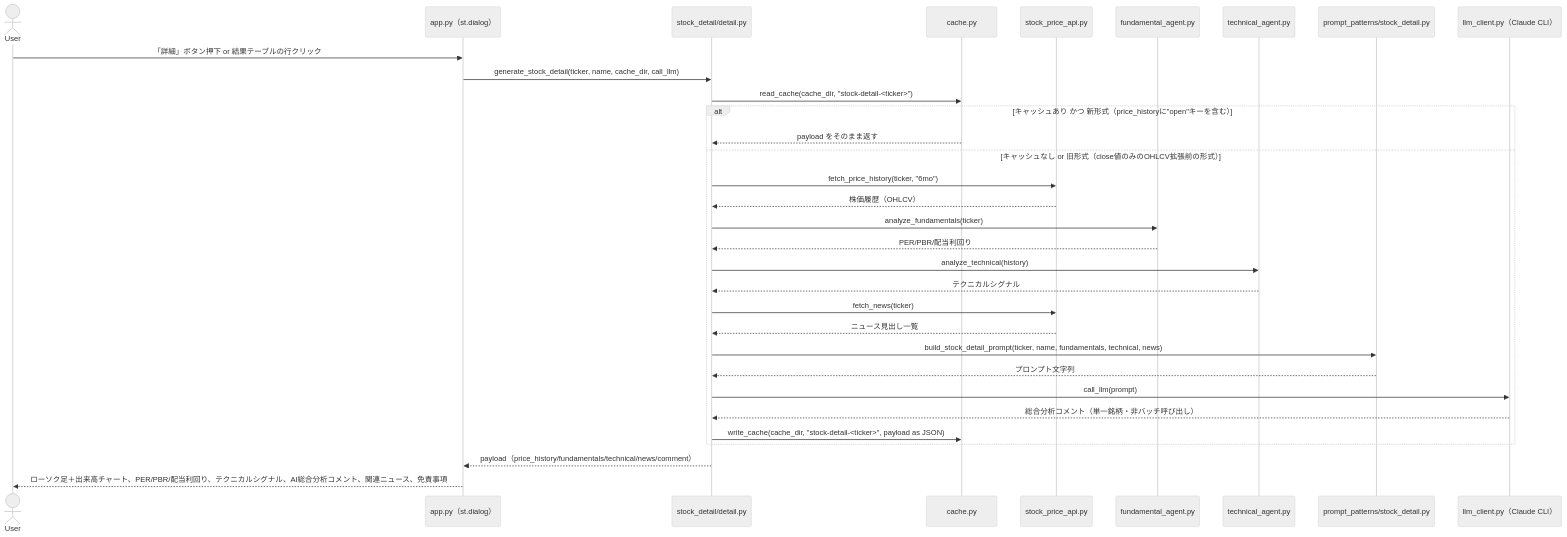
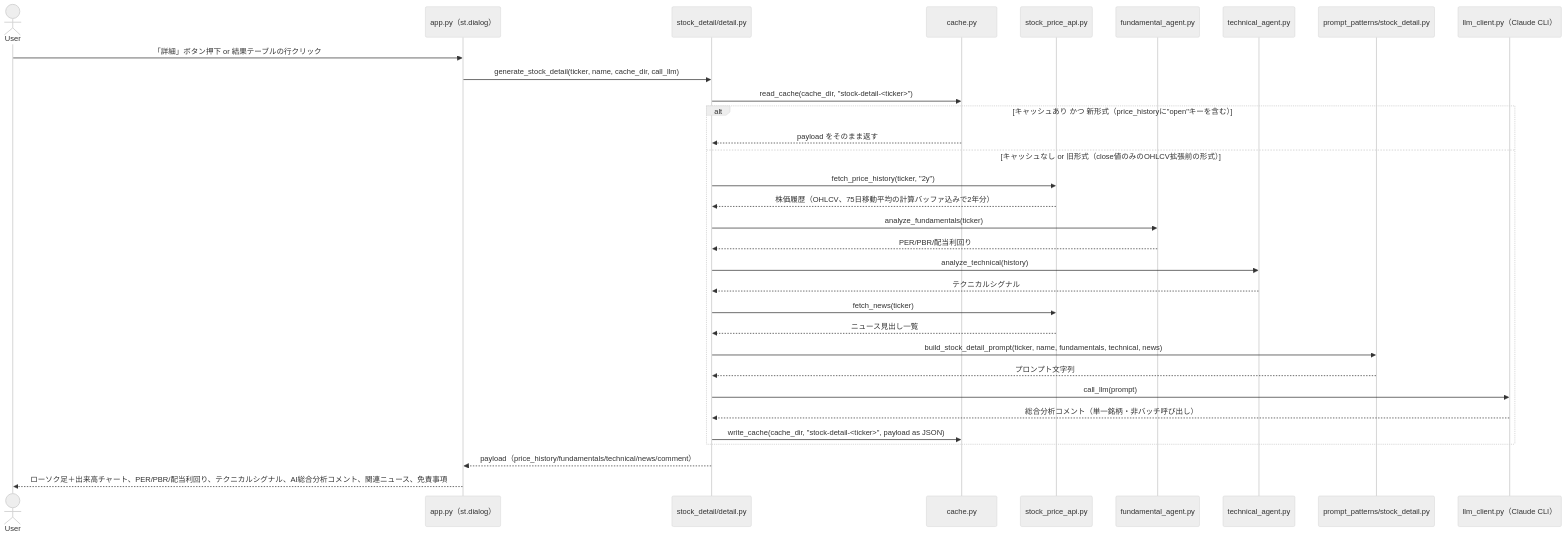
One commit to duwenji/ai-stock-investing-tutorial changed the seventh of 7 diagrams in app/docs/app-design.md. Above: the diagram before and after it, drawn with Mermaid (neutral theme). The commit also changed other lines of this file and 3 other files, not shown here.

````diff
--- a/app/docs/app-design.md
+++ b/app/docs/app-design.md
@@ -519,35 +519,35 @@
 ```mermaid
 sequenceDiagram
     actor User
     participant UI as app.py（st.dialog）
     participant Detail as stock_detail/detail.py
     participant Cache as cache.py
     participant PriceAPI as stock_price_api.py
     participant Fund as fundamental_agent.py
     participant Tech as technical_agent.py
     participant DetailP as prompt_patterns/stock_detail.py
     participant LLM as llm_client.py（Claude CLI）
 
     User->>UI: 「詳細」ボタン押下 or 結果テーブルの行クリック
     UI->>Detail: generate_stock_detail(ticker, name, cache_dir, call_llm)
     Detail->>Cache: read_cache(cache_dir, "stock-detail-<ticker>")
     alt キャッシュあり かつ 新形式（price_historyに"open"キーを含む）
         Cache-->>Detail: payload をそのまま返す
     else キャッシュなし or 旧形式（close値のみのOHLCV拡張前の形式）
-        Detail->>PriceAPI: fetch_price_history(ticker, "6mo")
-        PriceAPI-->>Detail: 株価履歴（OHLCV）
+        Detail->>PriceAPI: fetch_price_history(ticker, "2y")
+        PriceAPI-->>Detail: 株価履歴（OHLCV、75日移動平均の計算バッファ込みで2年分）
         Detail->>Fund: analyze_fundamentals(ticker)
         Fund-->>Detail: PER/PBR/配当利回り
         Detail->>Tech: analyze_technical(history)
         Tech-->>Detail: テクニカルシグナル
         Detail->>PriceAPI: fetch_news(ticker)
         PriceAPI-->>Detail: ニュース見出し一覧
         Detail->>DetailP: build_stock_detail_prompt(ticker, name, fundamentals, technical, news)
         DetailP-->>Detail: プロンプト文字列
         Detail->>LLM: call_llm(prompt)
         LLM-->>Detail: 総合分析コメント（単一銘柄・非バッチ呼び出し）
         Detail->>Cache: write_cache(cache_dir, "stock-detail-<ticker>", payload as JSON)
     end
     Detail-->>UI: payload（price_history/fundamentals/technical/news/comment）
     UI-->>User: ローソク足＋出来高チャート、PER/PBR/配当利回り、テクニカルシグナル、AI総合分析コメント、関連ニュース、免責事項
 ```
````
